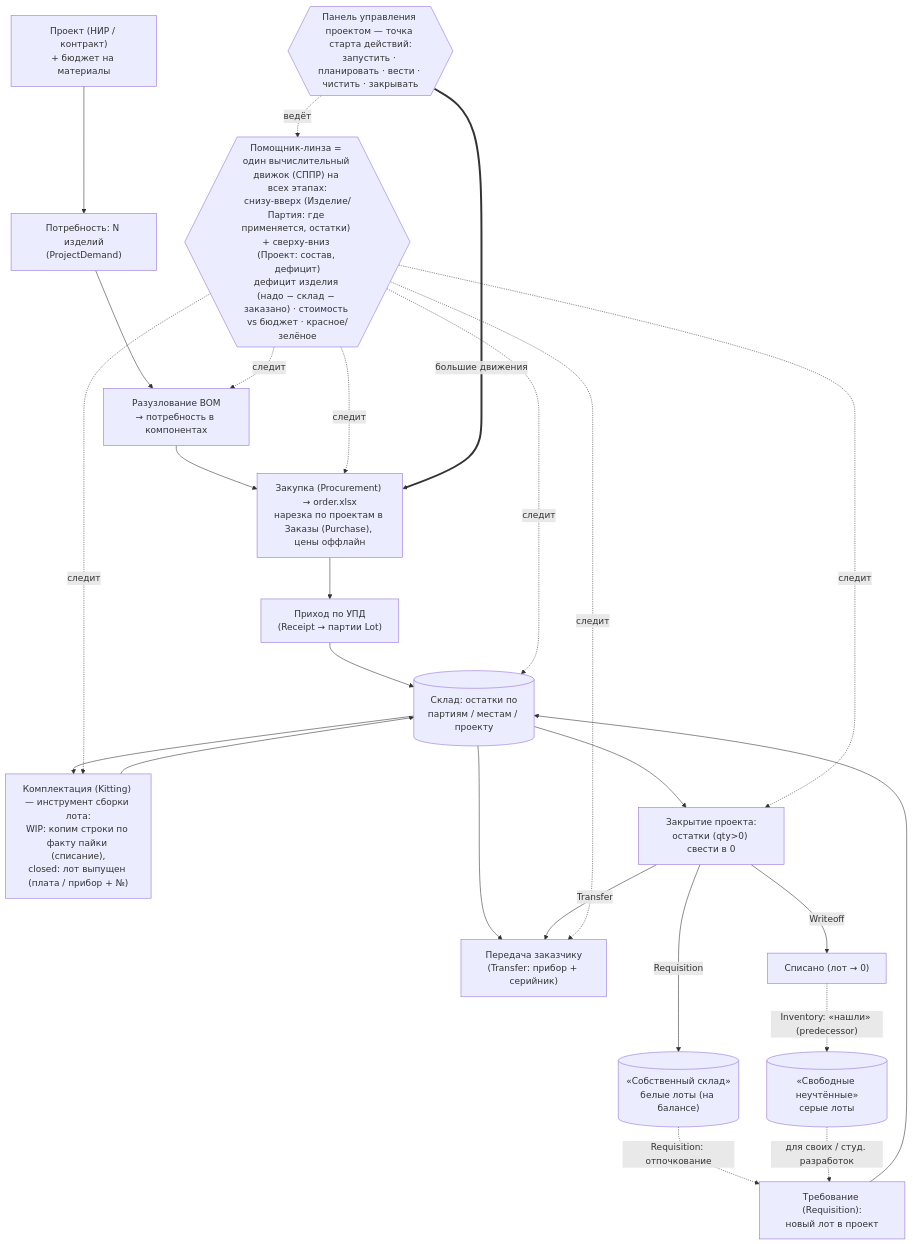
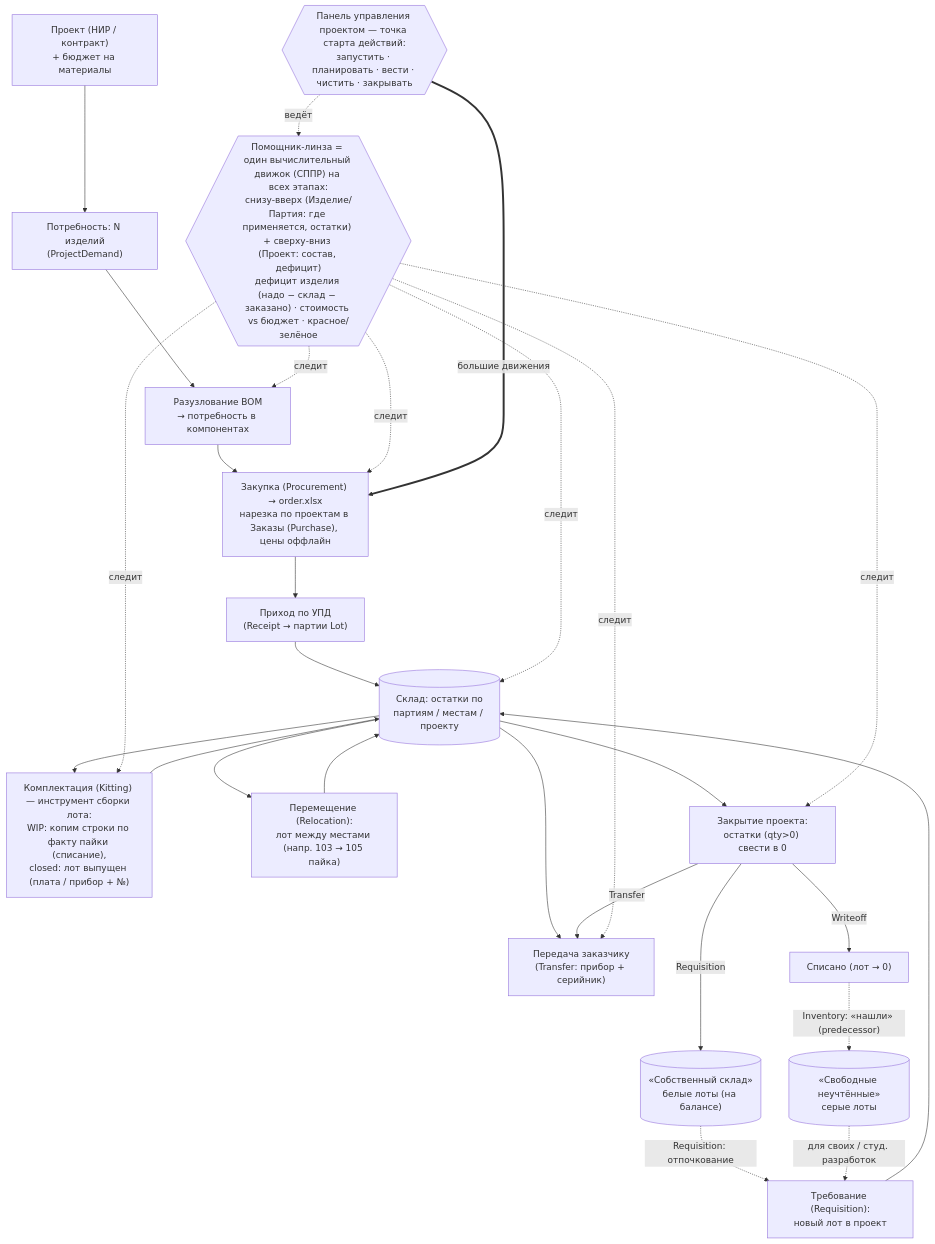
Before and after one commit to ivanpotylitcyn/plume: the first of 2 diagrams in README.md, drawn with Mermaid. The commit also changed other lines of this file and 8 other files, not shown here.

````diff
--- a/README.md
+++ b/README.md
@@ -88,34 +89,36 @@
 ```mermaid
 flowchart TD
   P["Проект (НИР / контракт)<br/>+ бюджет на материалы"] --> D["Потребность: N изделий<br/>(ProjectDemand)"]
   D --> B["Разузлование BOM<br/>→ потребность в компонентах"]
   B --> ORD["Закупка (Procurement) → order.xlsx<br/>нарезка по проектам в Заказы (Purchase), цены оффлайн"]
   ORD --> UPD["Приход по УПД<br/>(Receipt → партии Lot)"]
   UPD --> W
 
   W[("Склад: остатки по<br/>партиям / местам / проекту")]
   W --> KIT["Комплектация (Kitting) — инструмент сборки лота:<br/>WIP: копим строки по факту пайки (списание),<br/>closed: лот выпущен (плата / прибор + №)"]
   KIT --> W
+  W --> REL["Перемещение (Relocation):<br/>лот между местами (напр. 103 → 105 пайка)"]
+  REL --> W
   W --> T["Передача заказчику<br/>(Transfer: прибор + серийник)"]
 
   W --> CLOSE["Закрытие проекта:<br/>остатки (qty>0) свести в 0"]
   CLOSE -->|Transfer| T
   CLOSE -->|Writeoff| WOFF["Списано (лот → 0)"]
   CLOSE -->|Requisition| WHITE[("«Собственный склад»<br/>белые лоты (на балансе)")]
   WOFF -.->|"Inventory: «нашли» (predecessor)"| GRAY[("«Свободные неучтённые»<br/>серые лоты")]
 
   WHITE -.->|"Requisition: отпочкование"| REQ["Требование (Requisition):<br/>новый лот в проект"]
   GRAY -.->|"для своих / студ. разработок"| REQ
   REQ --> W
 
   LENS{{"Помощник-линза = один вычислительный движок (СППР) на всех этапах:<br/>снизу-вверх (Изделие/Партия: где применяется, остатки) + сверху-вниз (Проект: состав, дефицит)<br/>дефицит изделия (надо − склад − заказано) · стоимость vs бюджет · красное/зелёное"}}
   DASH{{"Панель управления проектом — точка старта действий:<br/>запустить · планировать · вести · чистить · закрывать"}}
   LENS -. следит .-> B
   LENS -. следит .-> ORD
   LENS -. следит .-> W
   LENS -. следит .-> KIT
   LENS -. следит .-> T
   LENS -. следит .-> CLOSE
   DASH -. ведёт .-> LENS
   DASH ==>|"большие движения"| ORD
 ```
````
